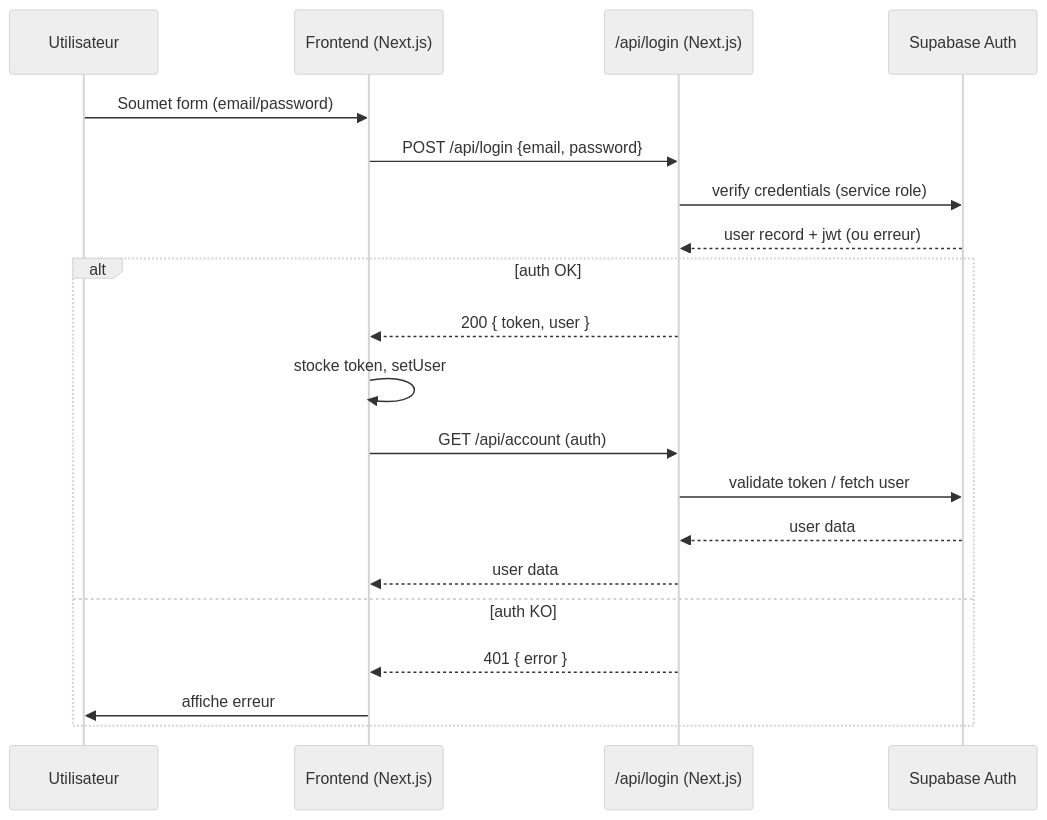
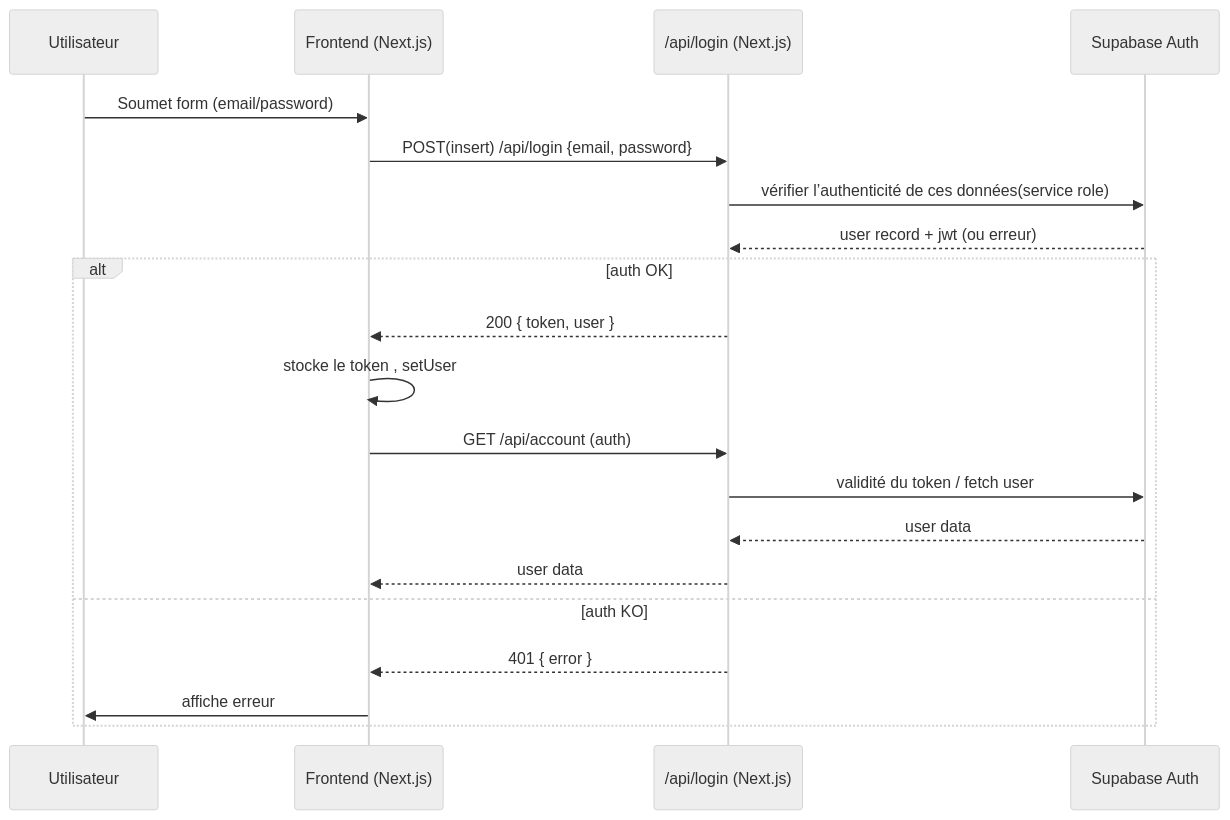
Before and after one commit to AureleinCMCI/projectCPH.ioi: the first of 3 diagrams in sequence_diagram.md, drawn with Mermaid (neutral theme). The commit also changed other lines of this file and 16 other files, not shown here.

````diff
--- a/sequence_diagram.md
+++ b/sequence_diagram.md
@@ -6,23 +6,23 @@
 ```mermaid
 sequenceDiagram
   participant User as Utilisateur
   participant Front as Frontend (Next.js)
   participant API as /api/login (Next.js)
   participant SupabaseAuth as Supabase Auth
 
   User->>Front: Soumet form (email/password)
-  Front->>API: POST /api/login {email, password}
-  API->>SupabaseAuth: verify credentials (service role)
+  Front->>API: POST(insert) /api/login {email, password}
+  API->>SupabaseAuth: vérifier l’authenticité de ces données(service role)
   SupabaseAuth-->>API: user record + jwt (ou erreur)
   alt auth OK
     API-->>Front: 200 { token, user }
-    Front->>Front: stocke token, setUser
+    Front->>Front: stocke le token , setUser
     Front->>API: GET /api/account (auth)
-    API->>SupabaseAuth: validate token / fetch user
+    API->>SupabaseAuth: validité du token / fetch user
     SupabaseAuth-->>API: user data
     API-->>Front: user data
   else auth KO
     API-->>Front: 401 { error }
     Front->>User: affiche erreur
   end
 ```
````
